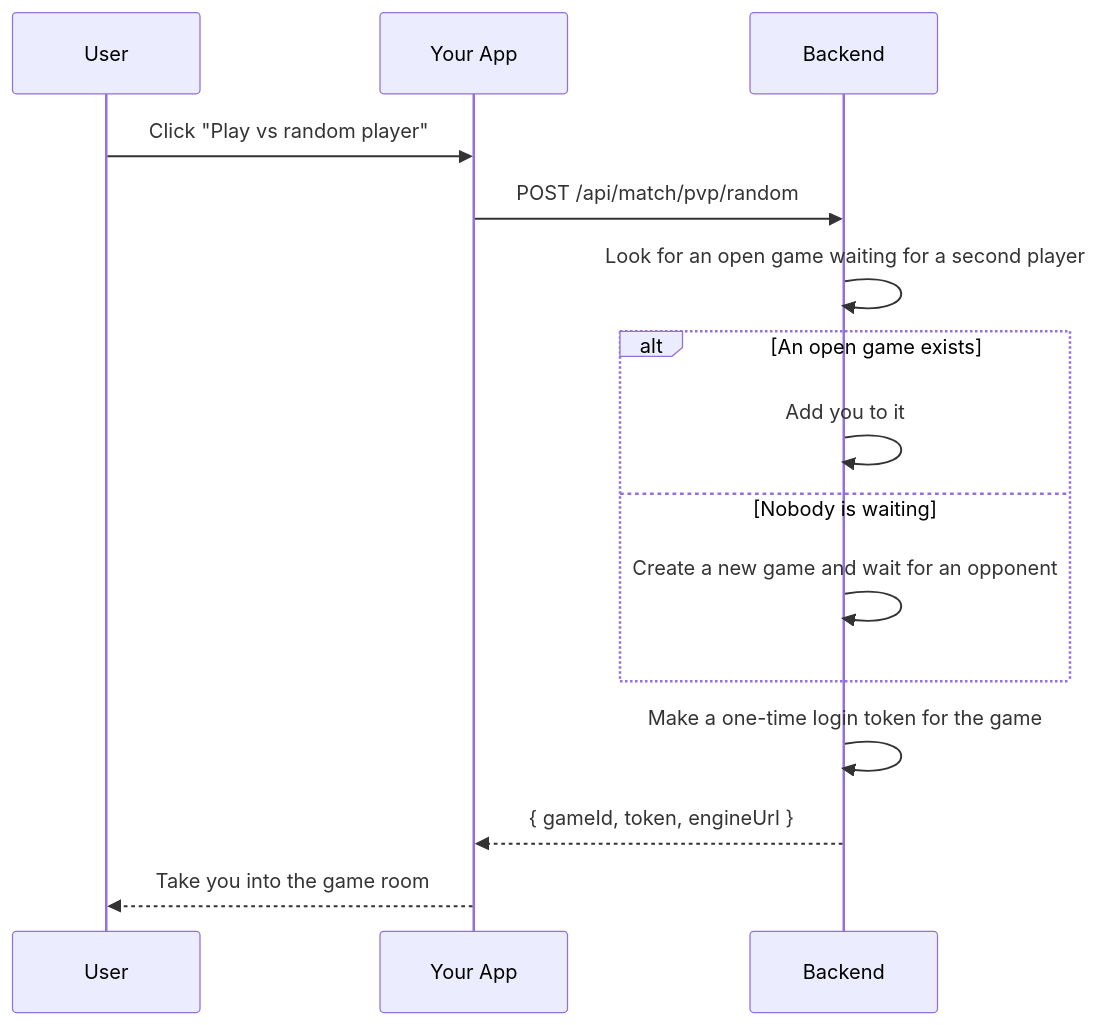
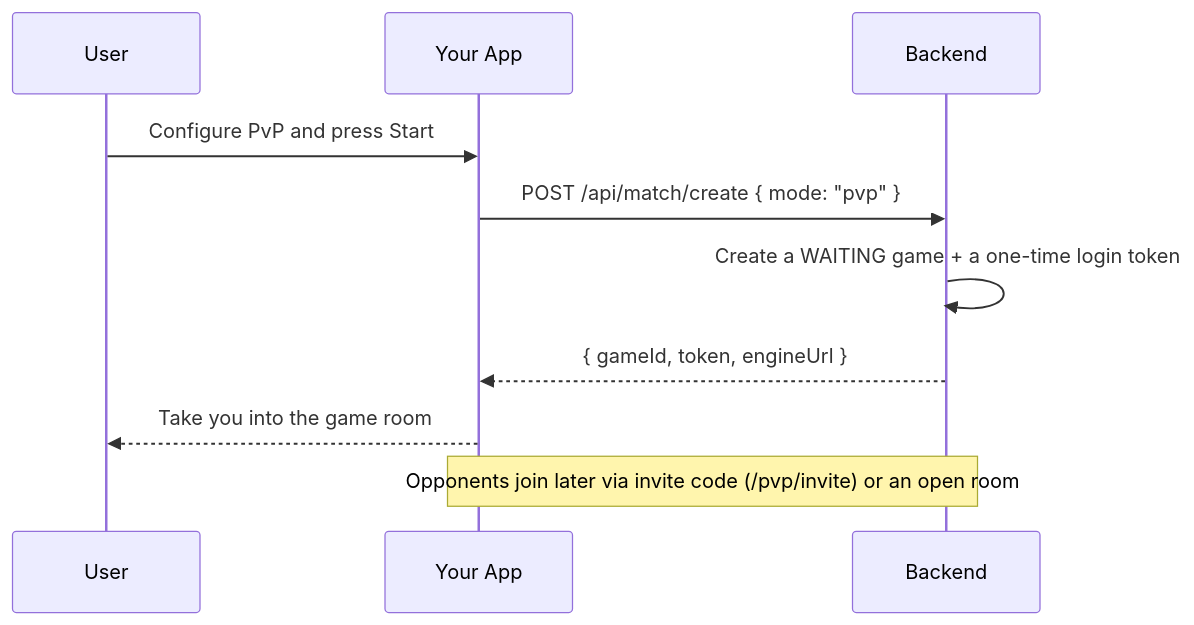
The first of 4 diagrams in docs/backend/backend-match-module.md (JaxzTan/ft_transcendence), drawn with Mermaid before and after one commit. The commit also changed other lines of this file and 2 other files, not shown here.

````diff
--- a/docs/backend/backend-match-module.md
+++ b/docs/backend/backend-match-module.md
@@ -107,18 +106,13 @@
 ```mermaid
 sequenceDiagram
     participant User
     participant Site as Your App
     participant Server as Backend
 
-    User->>Site: Click "Play vs random player"
-    Site->>Server: POST /api/match/pvp/random
-    Server->>Server: Look for an open game waiting for a second player
-    alt An open game exists
-        Server->>Server: Add you to it
-    else Nobody is waiting
-        Server->>Server: Create a new game and wait for an opponent
-    end
-    Server->>Server: Make a one-time login token for the game
+    User->>Site: Configure PvP and press Start
+    Site->>Server: POST /api/match/create { mode: "pvp" }
+    Server->>Server: Create a WAITING game + a one-time login token
     Server-->>Site: { gameId, token, engineUrl }
     Site-->>User: Take you into the game room
+    Note over Site,Server: Opponents join later via invite code (/pvp/invite) or an open room
 ```
````
